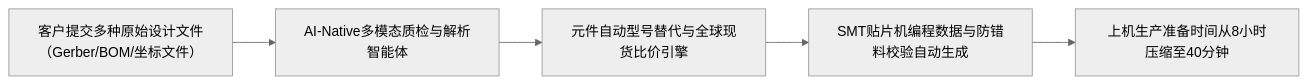
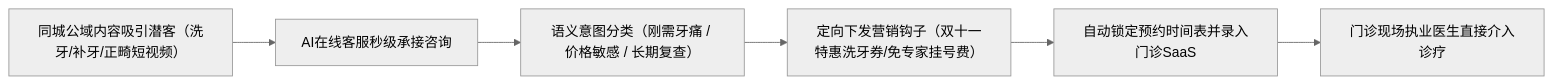
Before and after one commit to dollarser/knowledge: the third of 8 diagrams in content/live-20261104-01.md, drawn with Mermaid (neutral theme). The commit also changed other lines of this file and 1 other file, not shown here.

````diff
--- a/content/live-20261104-01.md
+++ b/content/live-20261104-01.md
@@ -77,7 +91,8 @@
 ```mermaid
 flowchart LR
-    A["客户提交多种原始设计文件（Gerber/BOM/坐标文件）"] --> B["AI-Native多模态质检与解析智能体"]
-    B --> C["元件自动型号替代与全球现货比价引擎"]
-    C --> D["SMT贴片机编程数据与防错料校验自动生成"]
-    D --> E["上机生产准备时间从8小时压缩至40分钟"]
+    A["同城公域内容吸引潜客（洗牙/补牙/正畸短视频）"] --> B["AI在线客服秒级承接咨询"]
+    B --> C["语义意图分类（刚需牙痛 / 价格敏感 / 长期复查）"]
+    C --> D["定向下发营销钩子（双十一特惠洗牙券/免专家挂号费）"]
+    D --> E["自动锁定预约时间表并录入门诊SaaS"]
+    E --> F["门诊现场执业医生直接介入诊疗"]
 ```
````
